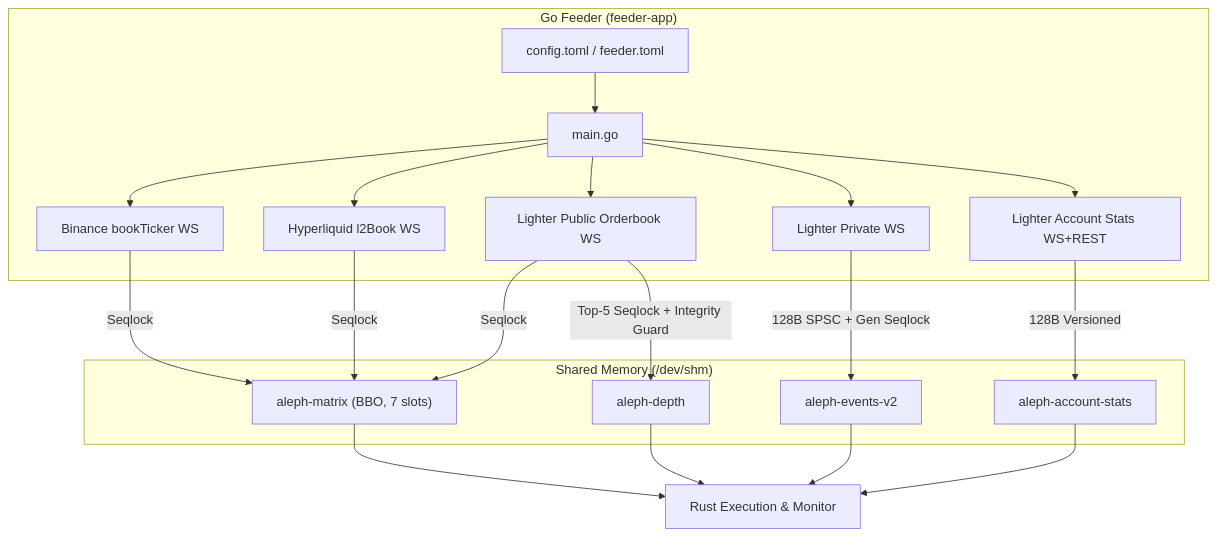
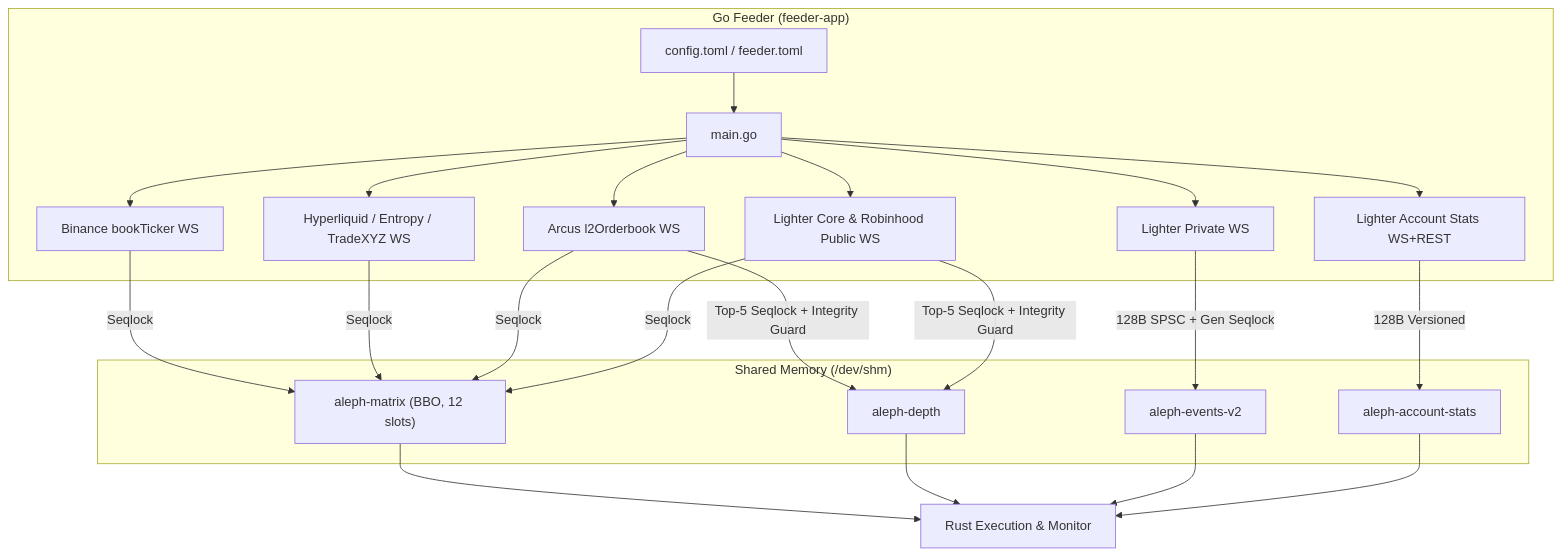
The diagram in feeder/CLAUDE.md (AlephTX/aleph-tx), drawn with Mermaid before and after one commit. The commit also changed other lines of this file and 73 other files, not shown here.

````diff
--- a/feeder/CLAUDE.md
+++ b/feeder/CLAUDE.md
@@ -22,20 +22,21 @@
 ```mermaid
 graph TD
     subgraph "Go Feeder (feeder-app)"
         CFG[config.toml / feeder.toml] --> MAIN[main.go]
         MAIN --> BN[Binance bookTicker WS]
-        MAIN --> HL[Hyperliquid l2Book WS]
-        MAIN --> LT[Lighter Public Orderbook WS]
+        MAIN --> HL["Hyperliquid / Entropy / TradeXYZ WS"]
+        MAIN --> AR[Arcus l2Orderbook WS]
+        MAIN --> LT["Lighter Core & Robinhood Public WS"]
         MAIN --> LP[Lighter Private WS]
         MAIN --> LA[Lighter Account Stats WS+REST]
     end
 
     subgraph "Shared Memory (/dev/shm)"
-        BN & HL & LT -->|Seqlock| MTX["aleph-matrix (BBO, 7 slots)"]
-        LT -->|Top-5 Seqlock + Integrity Guard| DEP["aleph-depth"]
+        BN & HL & AR & LT -->|Seqlock| MTX["aleph-matrix (BBO, 12 slots)"]
+        AR & LT -->|Top-5 Seqlock + Integrity Guard| DEP["aleph-depth"]
         LP -->|128B SPSC + Gen Seqlock| EVT["aleph-events-v2"]
         LA -->|128B Versioned| ACC["aleph-account-stats"]
     end
 
     MTX & DEP & EVT & ACC --> RUST[Rust Execution & Monitor]
 ```
````
